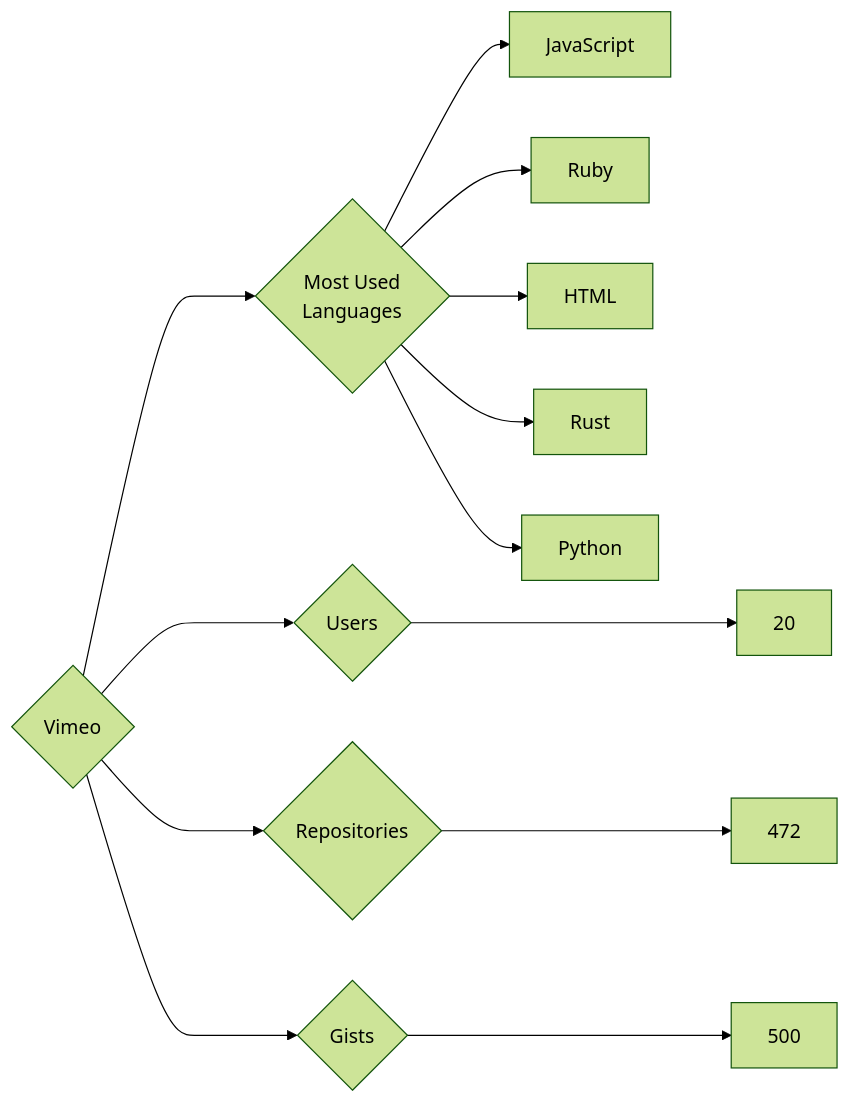
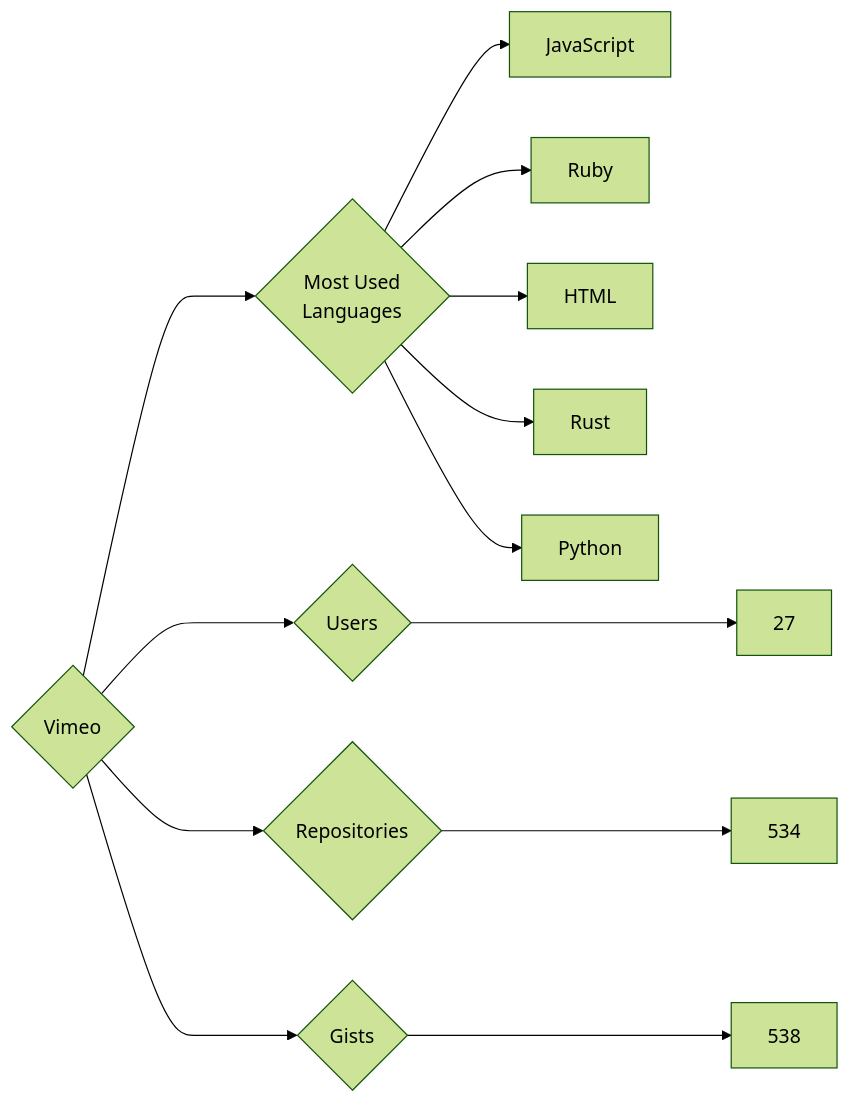
Before and after one commit to trickest/insiders: the diagram in targets/Vimeo/README.md, drawn with Mermaid (forest theme). The commit also changed 928 other files, not shown here.

````diff
--- a/targets/Vimeo/README.md
+++ b/targets/Vimeo/README.md
@@ -3,13 +3,13 @@
 ```mermaid
 graph LR
 COMPANY_NAME{Vimeo}
-COMPANY_NAME ---> U{Users} ---> UN[20]
-COMPANY_NAME ---> R{Repositories} ---> RN[472]
-COMPANY_NAME ---> G{Gists} ---> GN[500]
+COMPANY_NAME ---> U{Users} ---> UN[27]
+COMPANY_NAME ---> R{Repositories} ---> RN[534]
+COMPANY_NAME ---> G{Gists} ---> GN[538]
 COMPANY_NAME ---> ML{Most Used<br>Languages}
 ML --> JavaScript[JavaScript]
 ML --> Ruby[Ruby]
 ML --> HTML[HTML]
 ML --> Rust[Rust]
 ML --> Python[Python]
 ```
````
